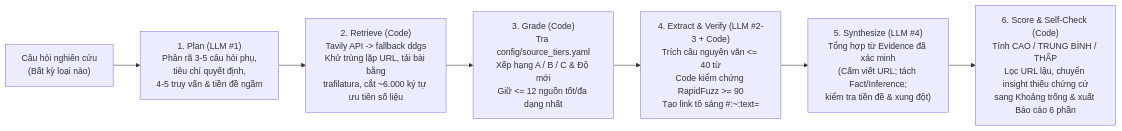
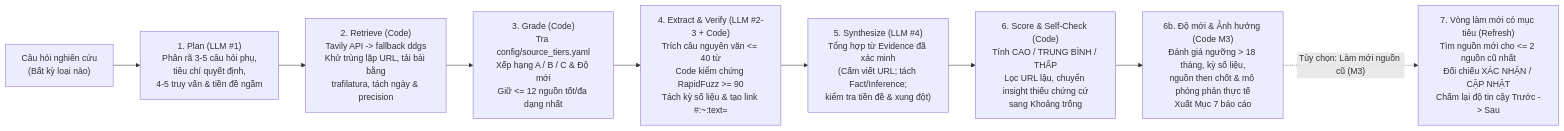
One commit to DuongNAD/gamota-market-research-mvp changed the diagram in README.md. Above: the diagram before and after it, drawn with Mermaid. The commit also changed other lines of this file and 1 other file, not shown here.

````diff
--- a/README.md
+++ b/README.md
@@ -39,9 +91,11 @@
 ```mermaid
 flowchart LR
     Q["Câu hỏi nghiên cứu\n(Bất kỳ loại nào)"] --> S1["1. Plan (LLM #1)\nPhân rã 3-5 câu hỏi phụ,\ntiêu chí quyết định,\n4-5 truy vấn & tiền đề ngầm"]
-    S1 --> S2["2. Retrieve (Code)\nTavily API -> fallback ddgs\nKhử trùng lặp URL, tải bài bằng\ntrafilatura, cắt ~6.000 ký tự ưu tiên số liệu"]
+    S1 --> S2["2. Retrieve (Code)\nTavily API -> fallback ddgs\nKhử trùng lặp URL, tải bài bằng\ntrafilatura, tách ngày & precision"]
     S2 --> S3["3. Grade (Code)\nTra config/source_tiers.yaml\nXếp hạng A / B / C & Độ mới\nGiữ <= 12 nguồn tốt/đa dạng nhất"]
-    S3 --> S4["4. Extract & Verify (LLM #2-3 + Code)\nTrích câu nguyên văn <= 40 từ\nCode kiểm chứng RapidFuzz >= 90\nTạo link tô sáng #:~:text="]
+    S3 --> S4["4. Extract & Verify (LLM #2-3 + Code)\nTrích câu nguyên văn <= 40 từ\nCode kiểm chứng RapidFuzz >= 90\nTách kỳ số liệu & tạo link #:~:text="]
     S4 --> S5["5. Synthesize (LLM #4)\nTổng hợp từ Evidence đã xác minh\n(Cấm viết URL; tách Fact/Inference;\nkiểm tra tiền đề & xung đột)"]
-    S5 --> S6["6. Score & Self-Check (Code)\nTính CAO / TRUNG BÌNH / THẤP\nLọc URL lậu, chuyển insight thiếu chứng cứ\nsang Khoảng trống & xuất Báo cáo 6 phần"]
+    S5 --> S6["6. Score & Self-Check (Code)\nTính CAO / TRUNG BÌNH / THẤP\nLọc URL lậu, chuyển insight thiếu chứng cứ\nsang Khoảng trống"]
+    S6 --> S6B["6b. Độ mới & Ảnh hưởng (Code M3)\nĐánh giá ngưỡng > 18 tháng, kỳ số liệu,\nnguồn then chốt & mô phỏng phản thực tế\nXuất Mục 7 báo cáo"]
+    S6B -. "Tùy chọn: Làm mới nguồn cũ (M3)" .-> S7["7. Vòng làm mới có mục tiêu (Refresh)\nTìm nguồn mới cho <= 2 nguồn cũ nhất\nĐối chiếu XÁC NHẬN / CẬP NHẬT\nChấm lại độ tin cậy Trước -> Sau"]
 ```
````
